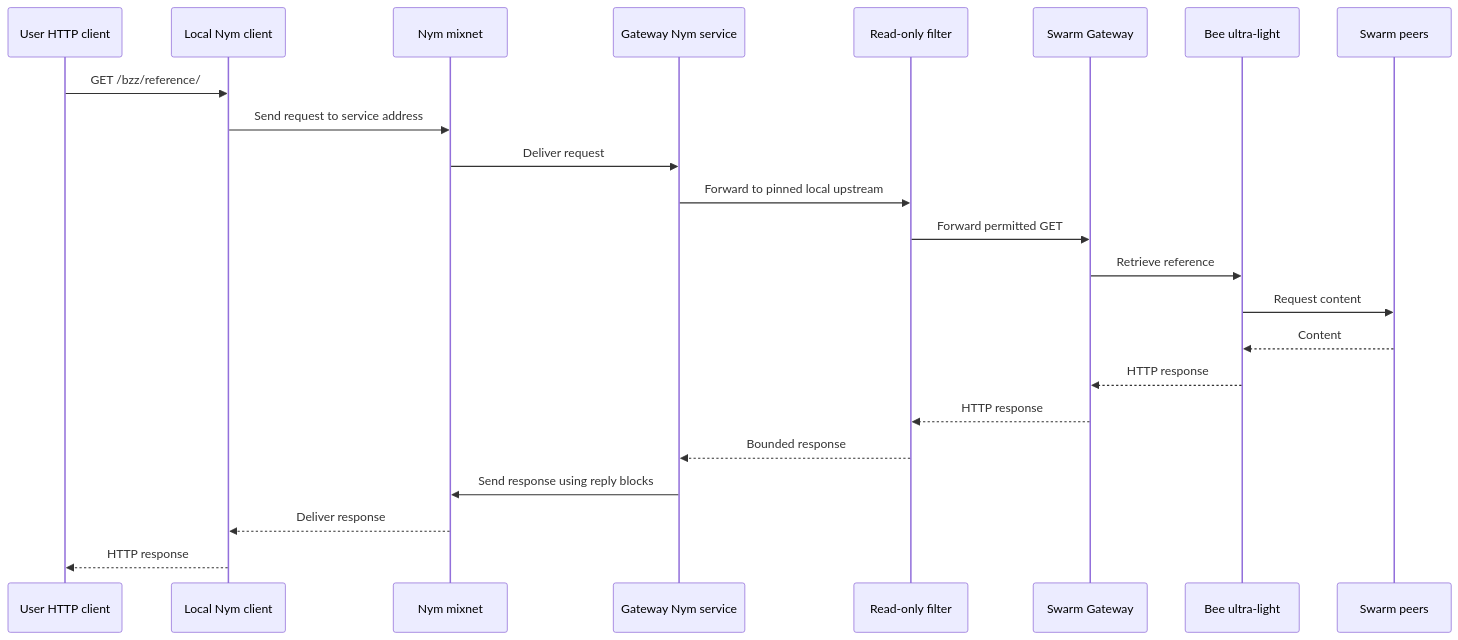
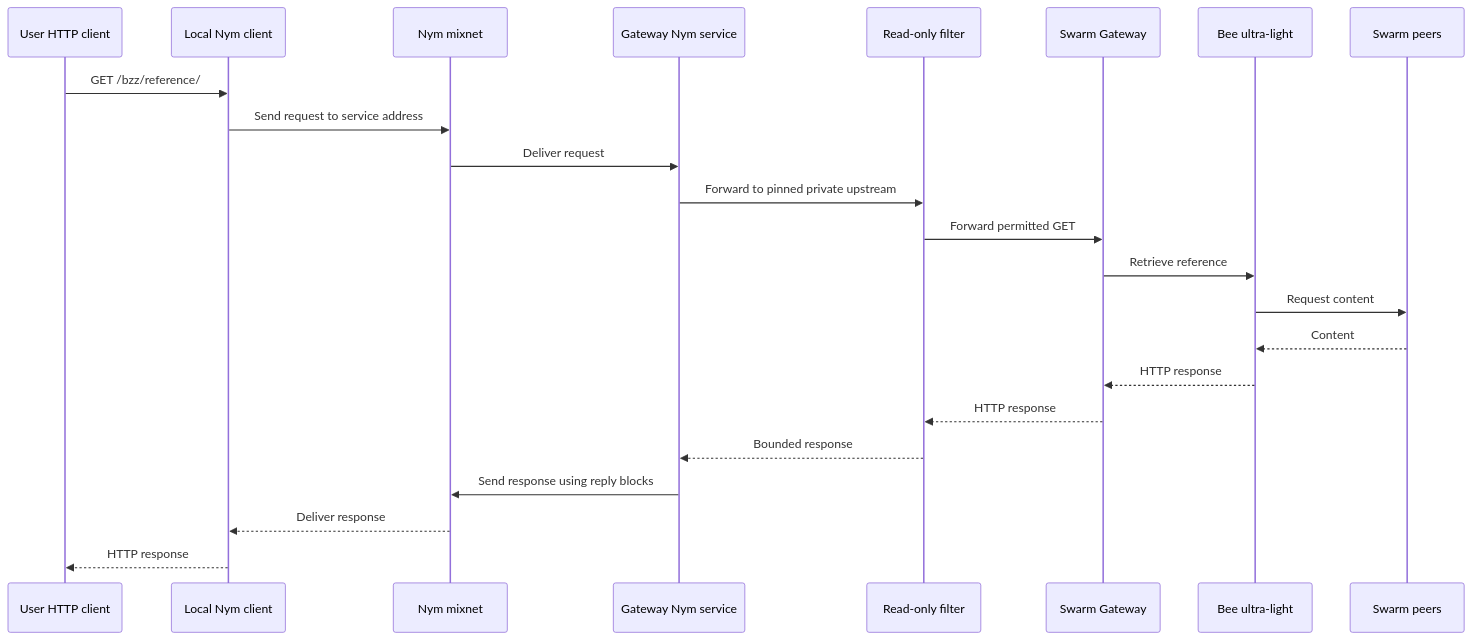
Before and after one commit to misaakidis/swarmanon: the second of 2 diagrams in ARCHITECTURE.md, drawn with Mermaid. The commit also changed other lines of this file and 5 other files, not shown here.

````diff
--- a/ARCHITECTURE.md
+++ b/ARCHITECTURE.md
@@ -17,25 +18,25 @@
 ```mermaid
 sequenceDiagram
     participant User as User HTTP client
     participant Client as Local Nym client
     participant Mix as Nym mixnet
     participant Service as Gateway Nym service
     participant Filter as Read-only filter
     participant Gateway as Swarm Gateway
     participant Bee as Bee ultra-light
     participant Swarm as Swarm peers
     User->>Client: GET /bzz/reference/
     Client->>Mix: Send request to service address
     Mix->>Service: Deliver request
-    Service->>Filter: Forward to pinned local upstream
+    Service->>Filter: Forward to pinned private upstream
     Filter->>Gateway: Forward permitted GET
     Gateway->>Bee: Retrieve reference
     Bee->>Swarm: Request content
     Swarm-->>Bee: Content
     Bee-->>Gateway: HTTP response
     Gateway-->>Filter: HTTP response
     Filter-->>Service: Bounded response
     Service->>Mix: Send response using reply blocks
     Mix-->>Client: Deliver response
     Client-->>User: HTTP response
 ```
````
